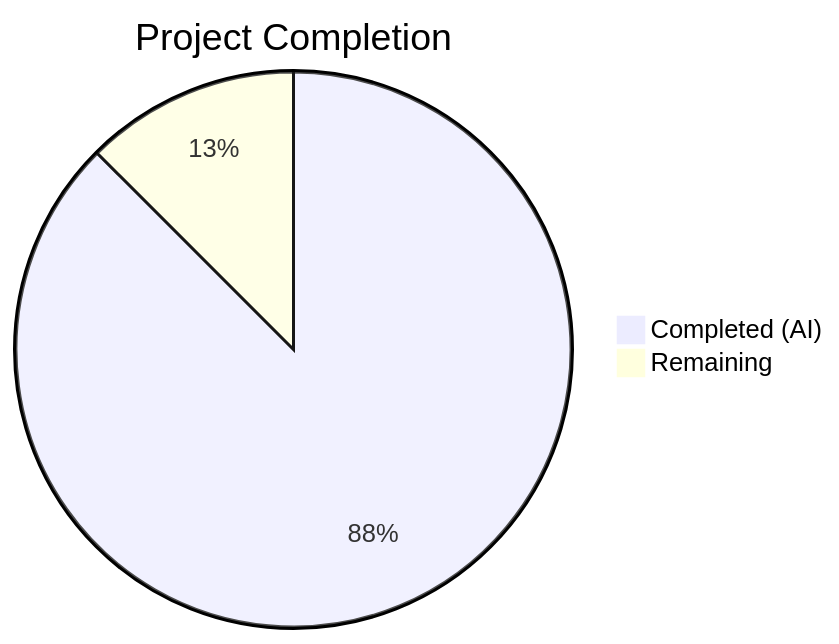
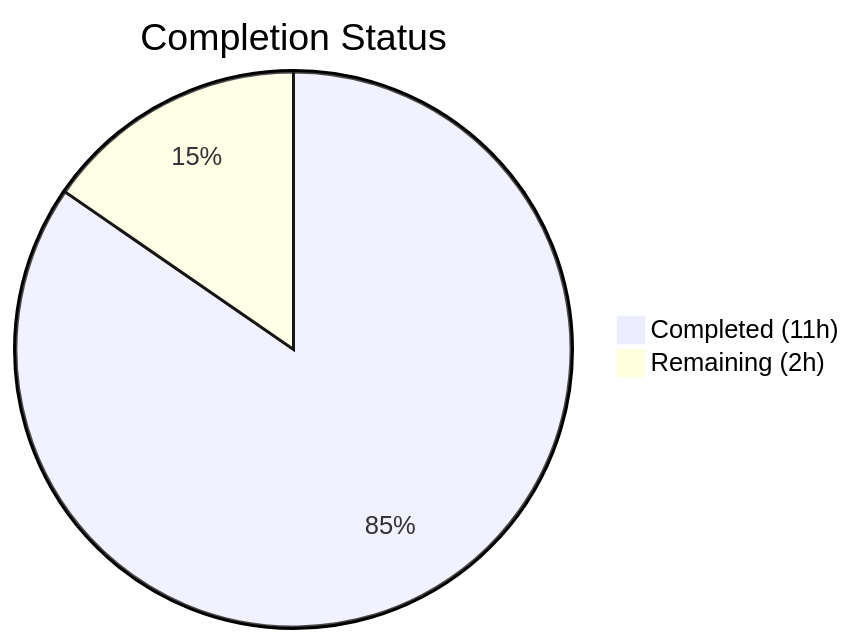
Before and after one commit to TestadoBlitzy/Existing-product: the first of 2 diagrams in blitzy/documentation/Project Guide.md, drawn with Mermaid. The commit also changed other lines of this file, not shown here.

Commit message:
Adding Blitzy Project Guide: Project Status and Human Tasks Remaining

````diff
--- a/blitzy/documentation/Project Guide.md
+++ b/blitzy/documentation/Project Guide.md
@@ -13,5 +22,5 @@
 ```mermaid
-pie title Project Completion
-    "Completed (AI)" : 14
-    "Remaining" : 2
+pie title Completion Status
+    "Completed (11h)" : 11
+    "Remaining (2h)" : 2
 ```
````
